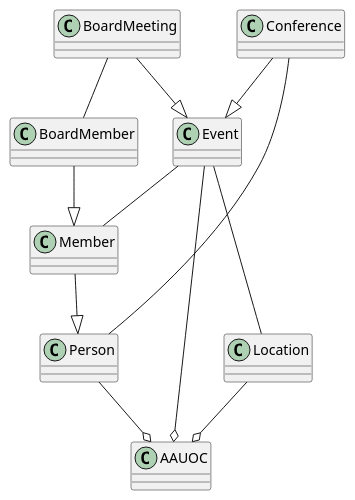
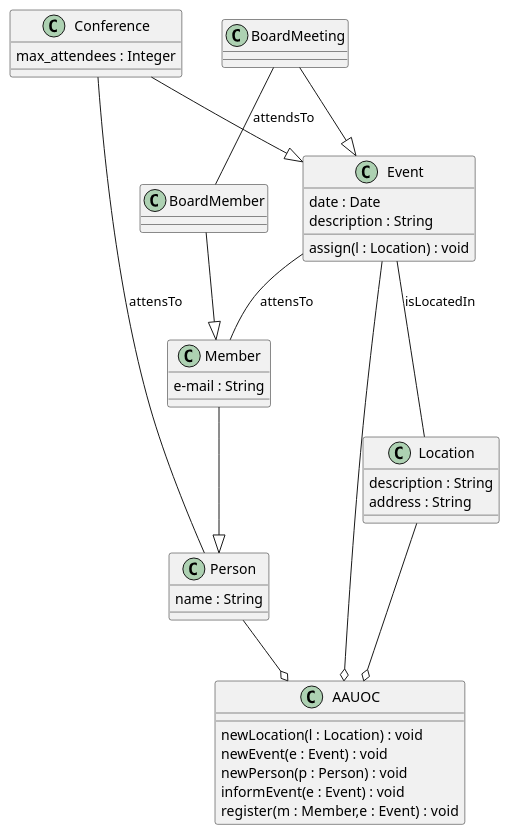
One commit to erentitan4512/UMLclases_CarlosArroyoGalan changed the diagram in src/Test.puml. Above: the diagram before and after it, drawn with PlantUML.

Commit message:
fourth commit

```diff
--- a/src/Test.puml
+++ b/src/Test.puml
@@ -1,31 +1,44 @@
 @startuml
 
 class Event{
+ date : Date
+ description : String
+ assign(l : Location) : void
 }
 class Conference{
+ max_attendees : Integer
 }
 class BoardMeeting{
 }
 class Member{
+ e-mail : String
 }
 class BoardMember{
 }
 class Location{
+description : String
+address : String
 }
 class Person{
+name : String
 }
 class AAUOC{
+newLocation(l : Location) : void
+ newEvent(e : Event) : void
+ newPerson(p : Person) : void
+ informEvent(e : Event) : void
+ register(m : Member,e : Event) : void
 }
 
-Conference -- Person
+Conference -- Person : attensTo
 Conference --^Event
 BoardMeeting --^Event
-BoardMeeting -- BoardMember
+BoardMeeting -- BoardMember : attendsTo
 BoardMember --^ Member
-Event -- Location
-Event -- Member
+Event -- Location : isLocatedIn
+Event -- Member : attensTo
 Member --^ Person
 Person --o AAUOC
 Location --o AAUOC
 Event --o AAUOC
 @enduml
```
